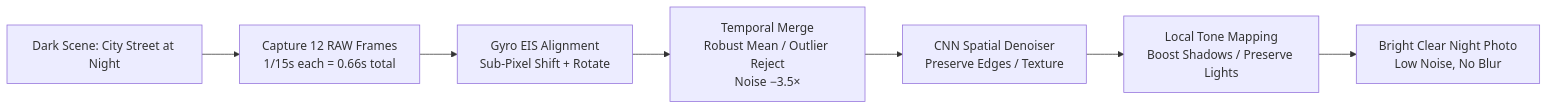
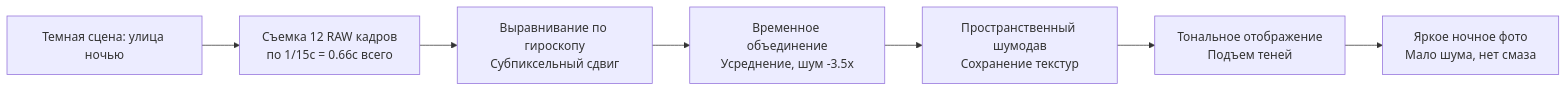
Before and after one commit to zoozooll/AndroidCameraParameters: the third of 7 diagrams in website/i18n/ru/docusaurus-plugin-content-docs/current/camera2/what-can-modern-smartphone-cameras-do.md, drawn with Mermaid. The commit also changed other lines of this file and 378 other files, not shown here.

````diff
--- a/website/i18n/ru/docusaurus-plugin-content-docs/current/camera2/what-can-modern-smartphone-cameras-do.md
+++ b/website/i18n/ru/docusaurus-plugin-content-docs/current/camera2/what-can-modern-smartphone-cameras-do.md
@@ -100,9 +100,9 @@
 ```mermaid
 flowchart LR
-    A[Dark Scene: City Street at Night] --> B[Capture 12 RAW Frames\n1/15s each = 0.66s total]
-    B --> C[Gyro EIS Alignment\nSub-Pixel Shift + Rotate]
-    C --> D[Temporal Merge\nRobust Mean / Outlier Reject\nNoise −3.5×]
-    D --> E[CNN Spatial Denoiser\nPreserve Edges / Texture]
-    E --> F[Local Tone Mapping\nBoost Shadows / Preserve Lights]
-    F --> G[Bright Clear Night Photo\nLow Noise, No Blur]
+    A["Темная сцена: улица ночью"] --> B["Съемка 12 RAW кадров<br/>по 1/15с = 0.66с всего"]
+    B --> C["Выравнивание по гироскопу<br/>Субпиксельный сдвиг"]
+    C --> D["Временное объединение<br/>Усреднение, шум -3.5x"]
+    D --> E["Пространственный шумодав<br/>Сохранение текстур"]
+    E --> F["Тональное отображение<br/>Подъем теней"]
+    F --> G["Яркое ночное фото<br/>Мало шума, нет смаза"]
 ```
````
